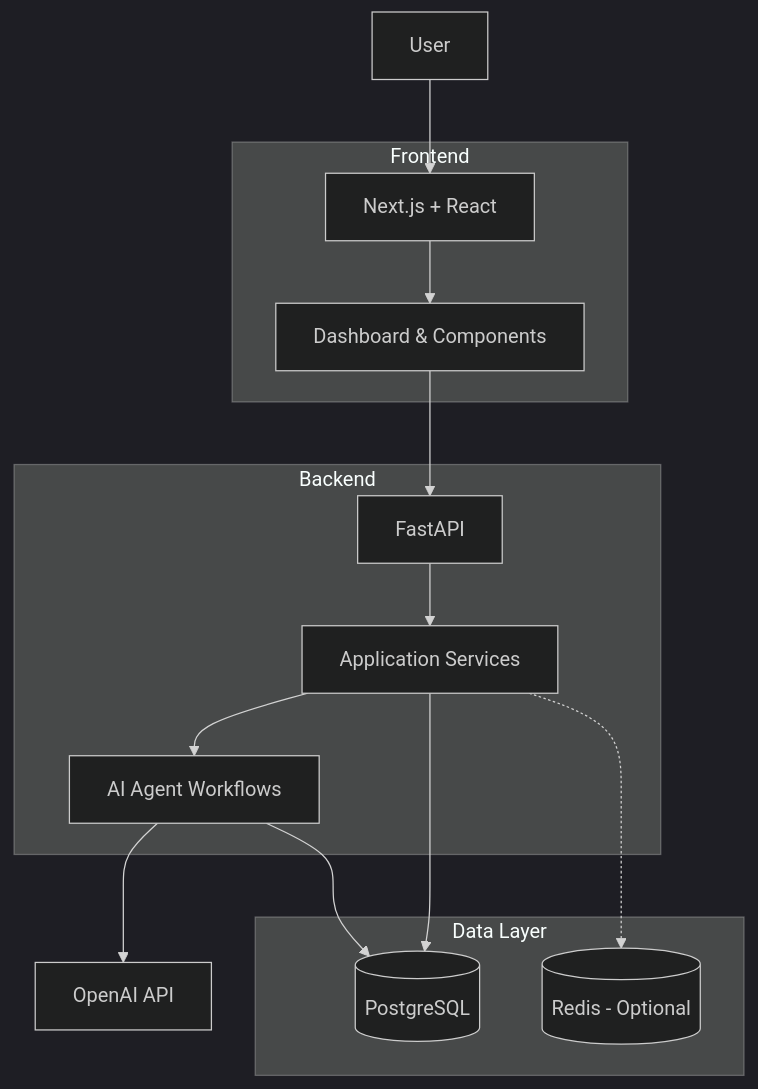
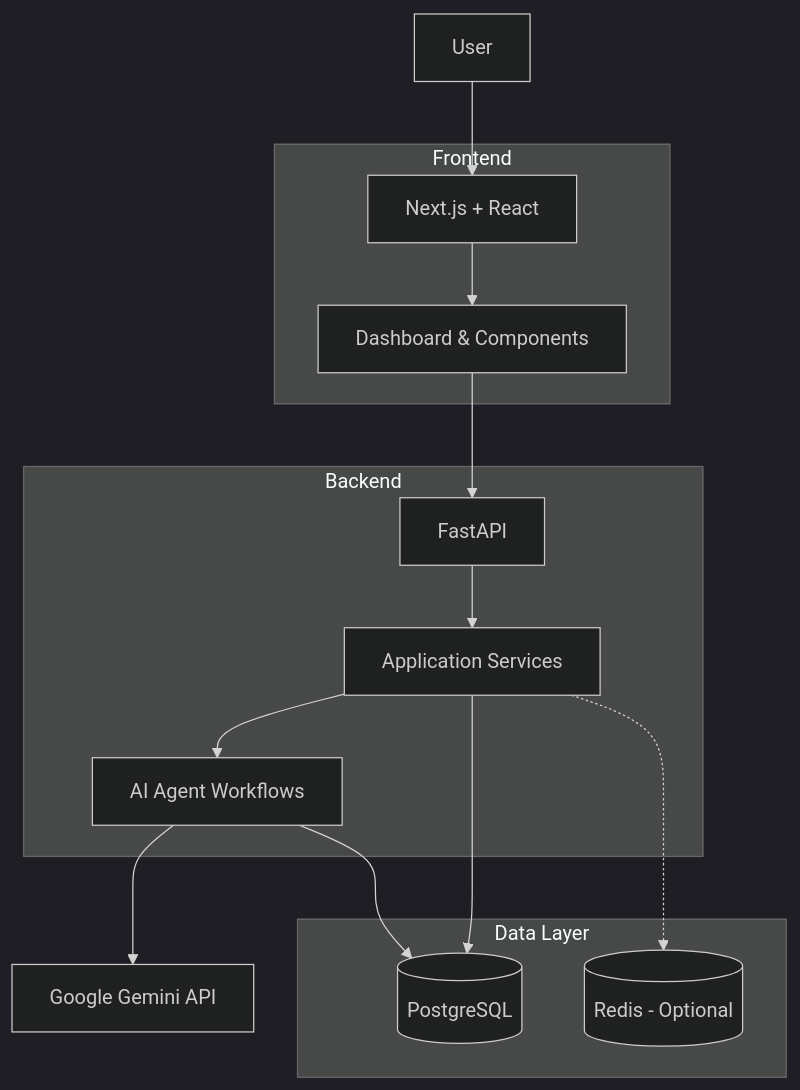
One commit to wasim2402/maybelater-ai changed the third of 4 diagrams in README.md. Above: the diagram before and after it, drawn with Mermaid (dark theme). The commit also changed other lines of this file and 28 other files, not shown here.

````diff
--- a/README.md
+++ b/README.md
@@ -99,32 +99,32 @@
 ```mermaid
 flowchart TB
     USER["User"]
 
     subgraph FRONTEND["Frontend"]
         WEB["Next.js + React"]
         UI["Dashboard & Components"]
     end
 
     subgraph BACKEND["Backend"]
         API["FastAPI"]
         SERVICES["Application Services"]
         AGENTS["AI Agent Workflows"]
     end
 
     subgraph DATA["Data Layer"]
         DB[("PostgreSQL")]
         REDIS[("Redis - Optional")]
     end
 
-    LLM["OpenAI API"]
+    LLM["Google Gemini API"]
 
     USER --> WEB
     WEB --> UI
     UI --> API
     API --> SERVICES
     SERVICES --> AGENTS
     SERVICES --> DB
     AGENTS --> LLM
     AGENTS --> DB
     SERVICES -.-> REDIS
 ```
````
